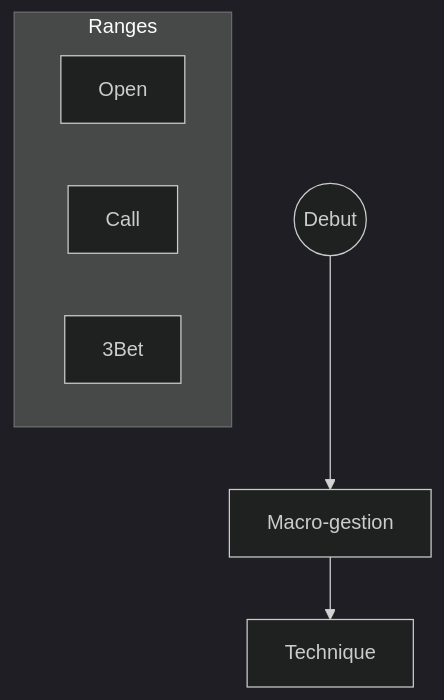
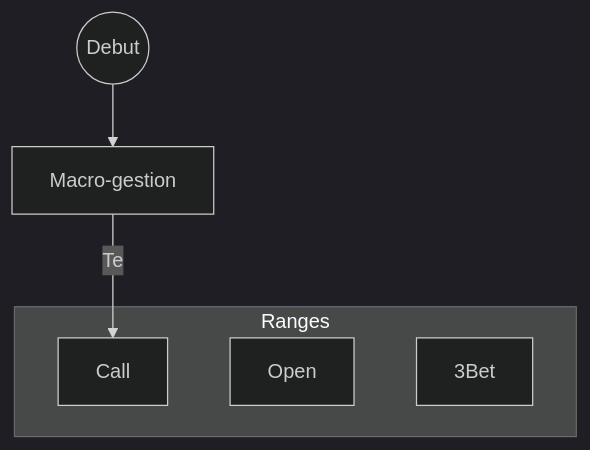
Before and after one commit to ilovepkr/beautiful-jekyll: the diagram in _posts/2018-09-02-start-exemple.md, drawn with Mermaid (dark theme). The commit also changed other lines of this file, not shown here.

````diff
--- a/_posts/2018-09-02-start-exemple.md
+++ b/_posts/2018-09-02-start-exemple.md
@@ -8,9 +8,10 @@
 ```mermaid
 graph TB
-A((Debut)) --> Macro[Macro-gestion] --> Technique
+A((Debut)) --> M[Macro-gestion]
+M -- Te --> Call
 subgraph Ranges
 Open
 Call
 3Bet
 end
 ```
````
